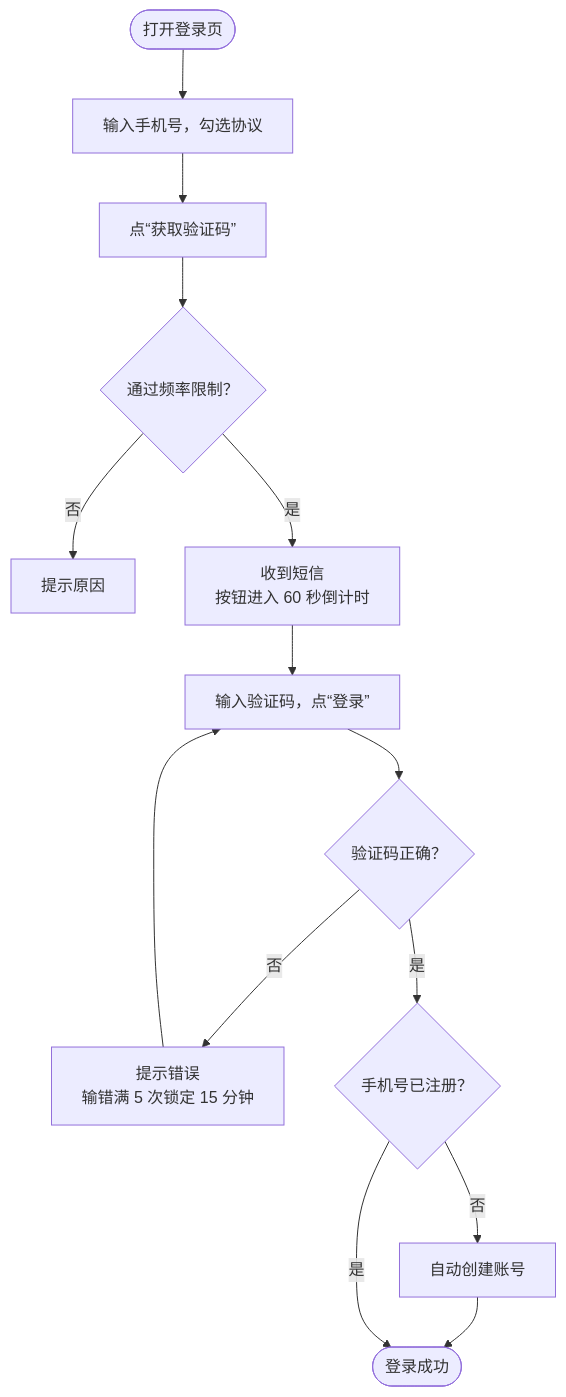
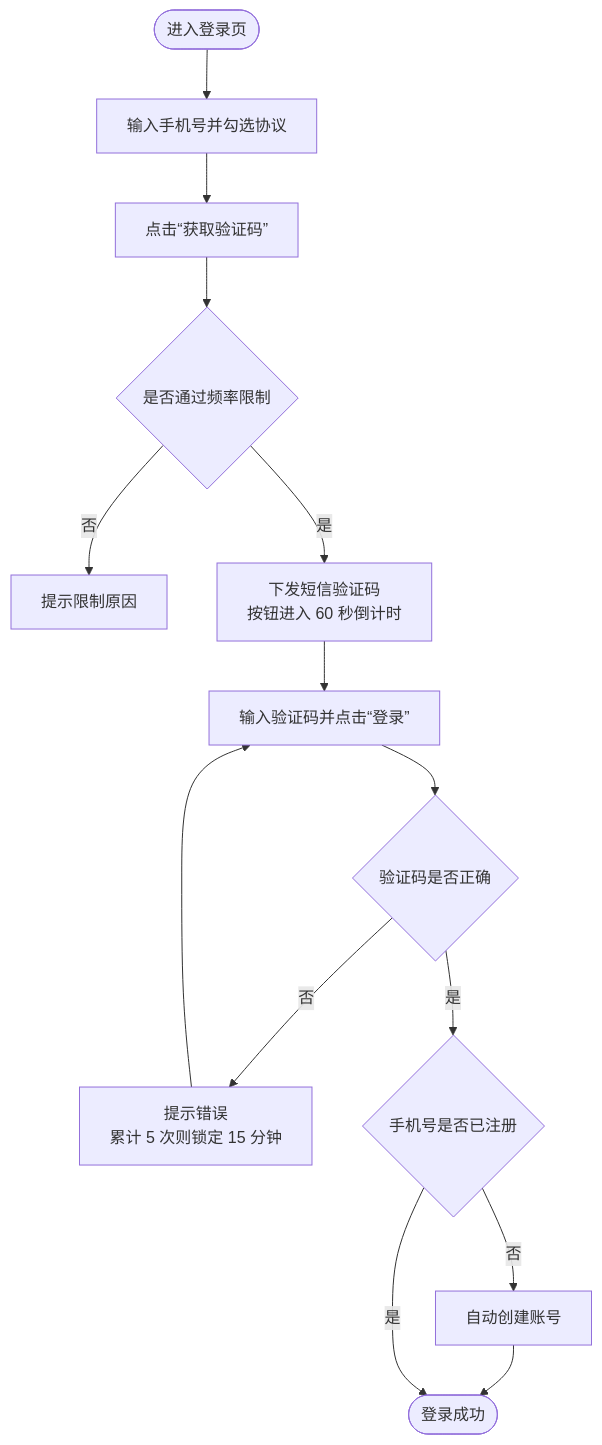
One commit to lanhas/auto-test changed the diagram in docs/samples/01-prd.md. Above: the diagram before and after it, drawn with Mermaid. The commit also changed other lines of this file and 3 other files, not shown here.

````diff
--- a/docs/samples/01-prd.md
+++ b/docs/samples/01-prd.md
@@ -47,16 +84,16 @@
 ```mermaid
 flowchart TD
-    A([打开登录页]) --> B["输入手机号，勾选协议"]
-    B --> C["点“获取验证码”"]
-    C --> D{"通过频率限制？"}
-    D -- 否 --> E["提示原因"]
-    D -- 是 --> F["收到短信<br/>按钮进入 60 秒倒计时"]
-    F --> G["输入验证码，点“登录”"]
-    G --> H{"验证码正确？"}
-    H -- 否 --> I["提示错误<br/>输错满 5 次锁定 15 分钟"]
+    A([进入登录页]) --> B["输入手机号并勾选协议"]
+    B --> C["点击“获取验证码”"]
+    C --> D{"是否通过频率限制"}
+    D -- 否 --> E["提示限制原因"]
+    D -- 是 --> F["下发短信验证码<br/>按钮进入 60 秒倒计时"]
+    F --> G["输入验证码并点击“登录”"]
+    G --> H{"验证码是否正确"}
+    H -- 否 --> I["提示错误<br/>累计 5 次则锁定 15 分钟"]
     I --> G
-    H -- 是 --> J{"手机号已注册？"}
+    H -- 是 --> J{"手机号是否已注册"}
     J -- 否 --> K["自动创建账号"]
     K --> L([登录成功])
     J -- 是 --> L
 ```
````
